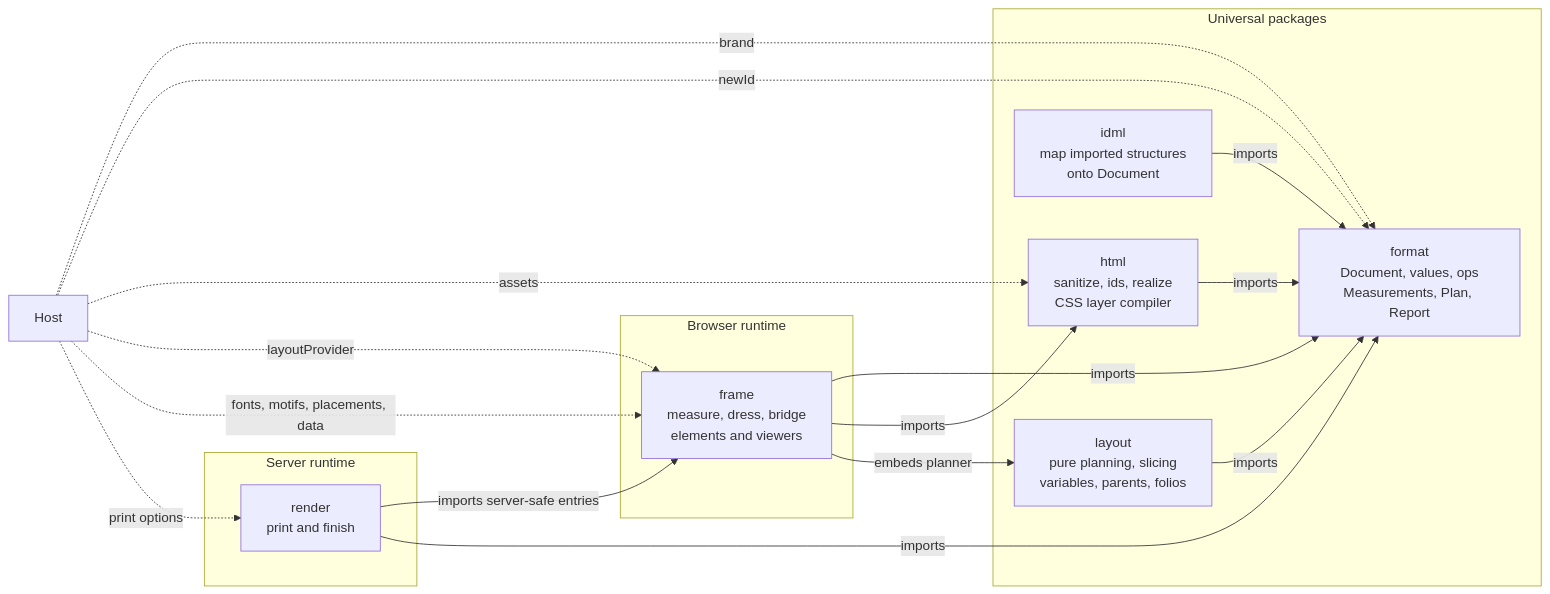
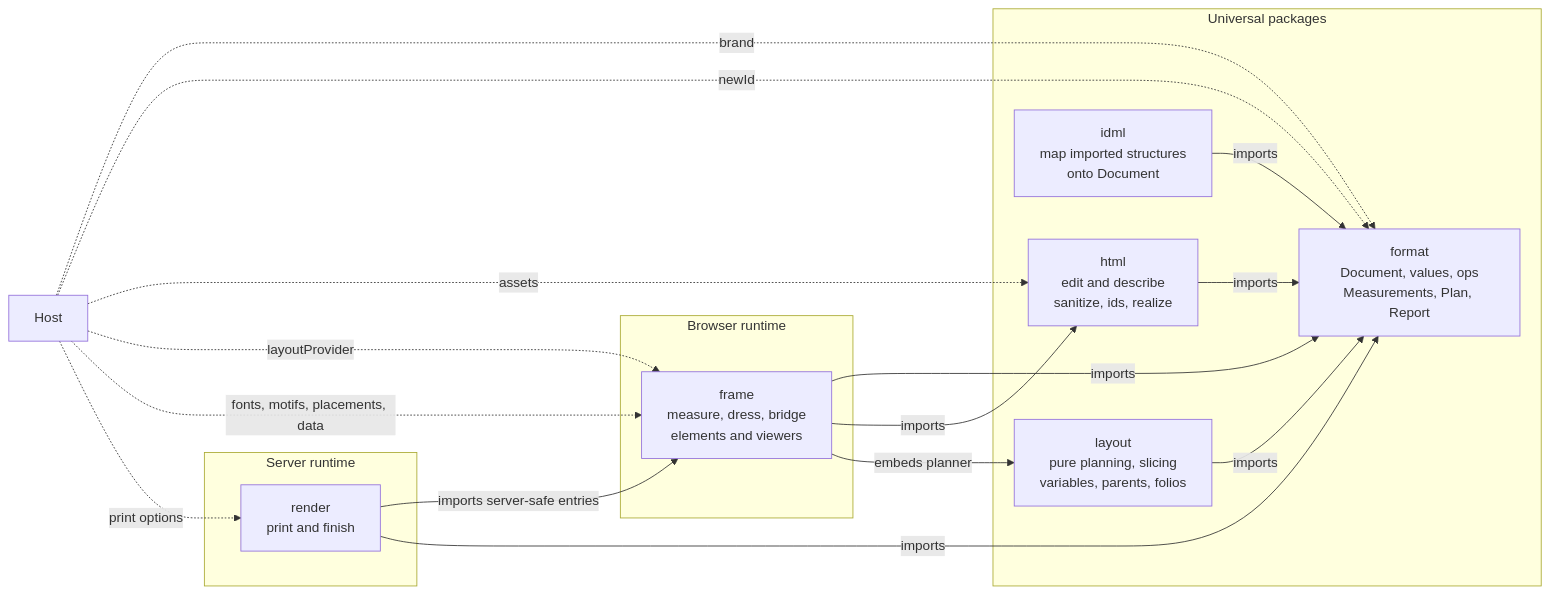
Before and after one commit to modstudio/segnavia: the third of 3 diagrams in docs/architecture.md, drawn with Mermaid. The commit also changed other lines of this file and 24 other files, not shown here.

First line of the commit message:
SEGNA-389 Add editDocument and describeDocument (#299)

````diff
--- a/docs/architecture.md
+++ b/docs/architecture.md
@@ -1764,35 +1773,35 @@
 ```mermaid
 flowchart LR
   HOST[Host]
 
   subgraph Universal[Universal packages]
     FORMAT[format<br/>Document, values, ops<br/>Measurements, Plan, Report]
     LAYOUT[layout<br/>pure planning, slicing<br/>variables, parents, folios]
-    HTML[html<br/>sanitize, ids, realize<br/>CSS layer compiler]
+    HTML[html<br/>edit and describe<br/>sanitize, ids, realize]
     IDML[idml<br/>map imported structures<br/>onto Document]
   end
 
   subgraph Browser[Browser runtime]
     FRAME[frame<br/>measure, dress, bridge<br/>elements and viewers]
   end
 
   subgraph Server[Server runtime]
     RENDER[render<br/>print and finish]
   end
 
   LAYOUT -->|imports| FORMAT
   HTML -->|imports| FORMAT
   IDML -->|imports| FORMAT
   FRAME -->|imports| FORMAT
   FRAME -->|imports| HTML
   FRAME -->|embeds planner| LAYOUT
   RENDER -->|imports server-safe entries| FRAME
   RENDER -->|imports| FORMAT
 
   HOST -. brand .-> FORMAT
   HOST -. newId .-> FORMAT
   HOST -. assets .-> HTML
   HOST -. layoutProvider .-> FRAME
   HOST -. fonts, motifs, placements, data .-> FRAME
   HOST -. print options .-> RENDER
 ```
````
